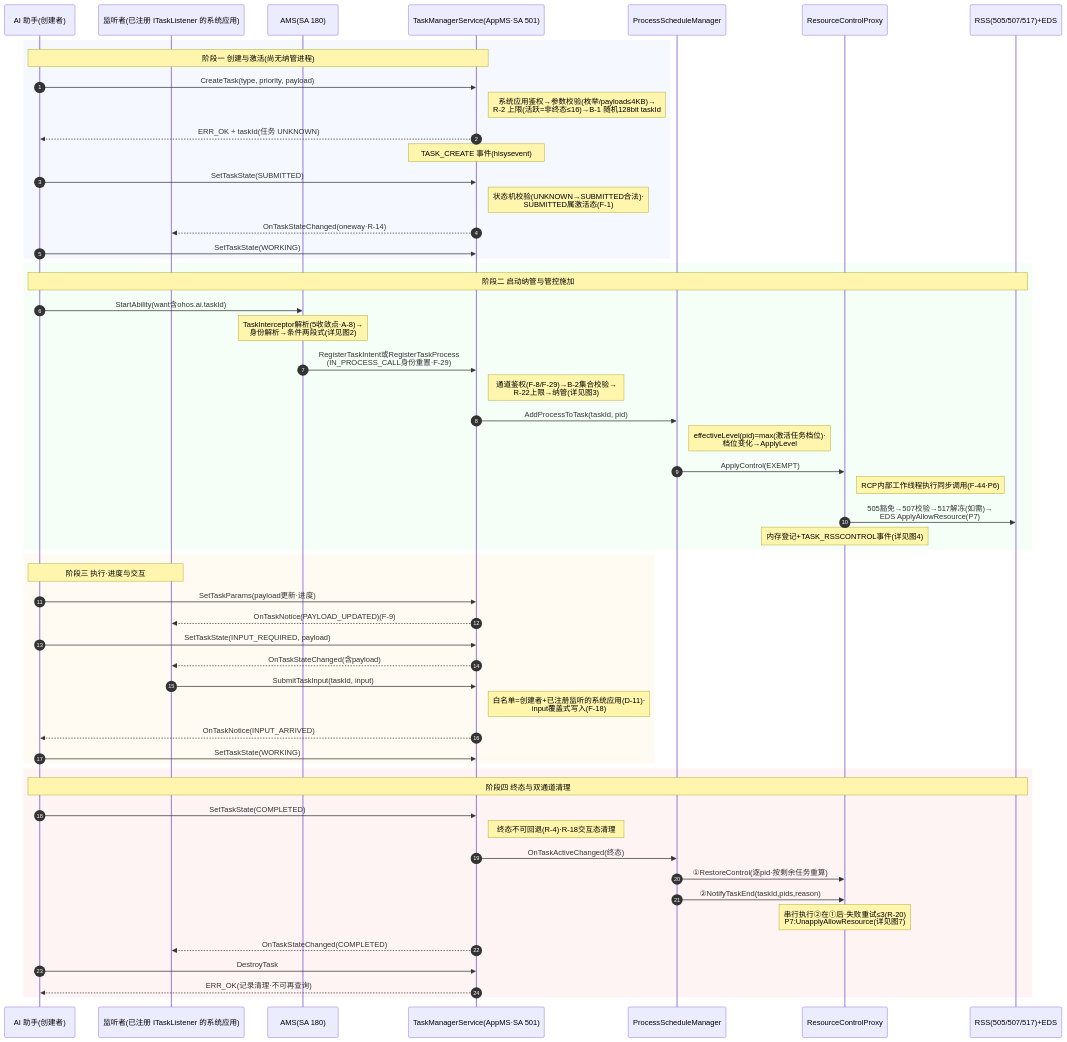
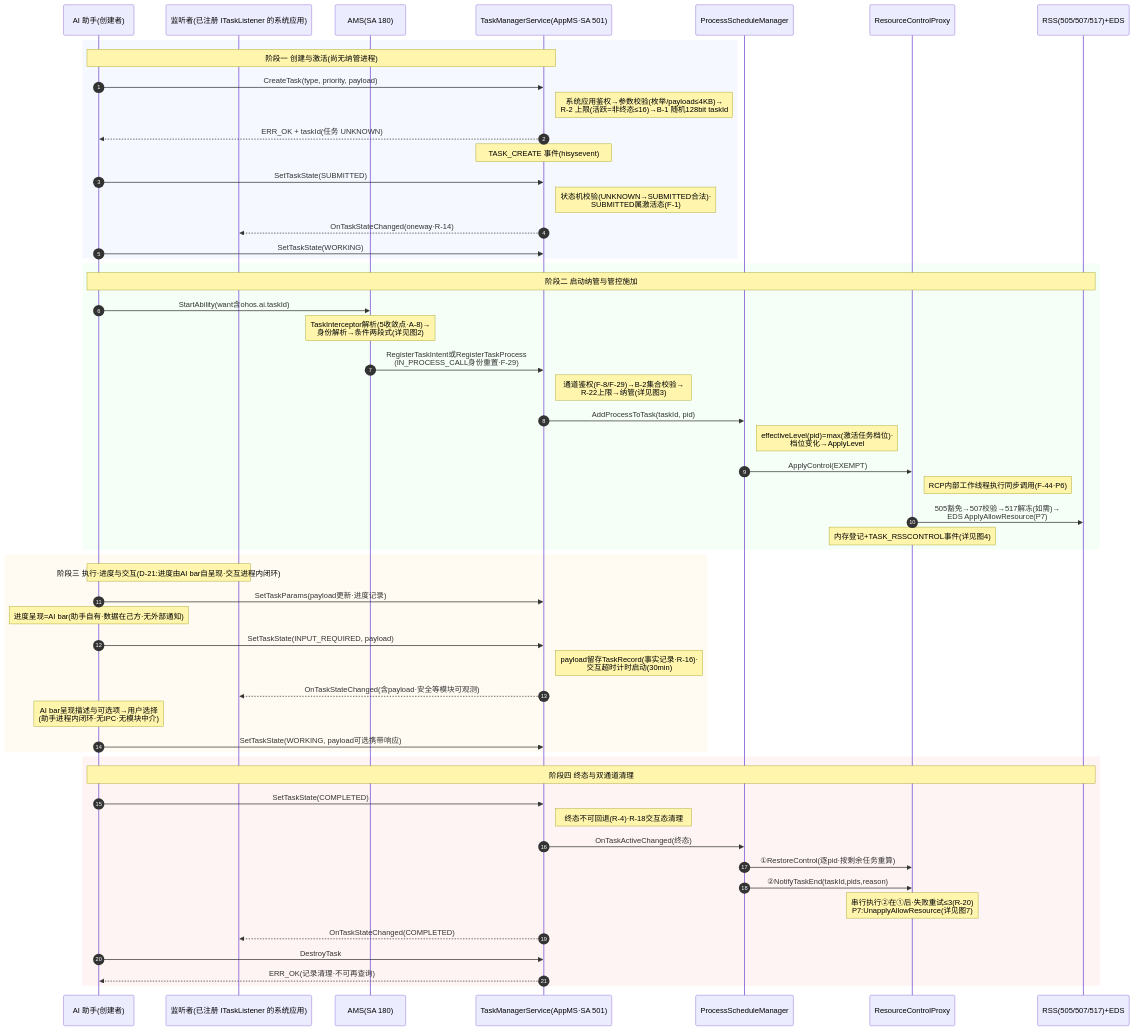
One commit to xuanjiazhen/ability_ability_runtime changed the first of 8 diagrams in .codespec/changes/ai-task-manager/docs/flow-diagrams.md. Above: the diagram before and after it, drawn with Mermaid. The commit also changed other lines of this file and 12 other files, not shown here.

First line of the commit message:
docs(ai-task-manager): 需求变更 D-21——进度展示与交互由 AI bar 内化，监听保留给安全等模块

````diff
--- a/.codespec/changes/ai-task-manager/docs/flow-diagrams.md
+++ b/.codespec/changes/ai-task-manager/docs/flow-diagrams.md
@@ -23,62 +23,61 @@
 ```mermaid
 sequenceDiagram
     autonumber
     participant AI as AI 助手(创建者)
     participant LSN as 监听者(已注册 ITaskListener 的系统应用)
     participant AMS as AMS(SA 180)
     participant TMS as TaskManagerService(AppMS·SA 501)
     participant PS as ProcessScheduleManager
     participant RCP as ResourceControlProxy
     participant EXT as RSS(505/507/517)+EDS
 
     rect rgb(245,248,255)
     Note over AI,TMS: 阶段一 创建与激活(尚无纳管进程)
     AI->>TMS: CreateTask(type, priority, payload)
     Note right of TMS: 系统应用鉴权→参数校验(枚举/payload≤4KB)→<br/>R-2 上限(活跃=非终态≤16)→B-1 随机128bit taskId
     TMS-->>AI: ERR_OK + taskId(任务 UNKNOWN)
     Note over TMS: TASK_CREATE 事件(hisysevent)
     AI->>TMS: SetTaskState(SUBMITTED)
     Note right of TMS: 状态机校验(UNKNOWN→SUBMITTED合法)·<br/>SUBMITTED属激活态(F-1)
     TMS-->>LSN: OnTaskStateChanged(oneway·R-14)
     AI->>TMS: SetTaskState(WORKING)
     end
 
     rect rgb(245,255,247)
     Note over AI,EXT: 阶段二 启动纳管与管控施加
     AI->>AMS: StartAbility(want含ohos.ai.taskId)
     Note over AMS: TaskInterceptor解析(5收敛点·A-8)→<br/>身份解析→条件两段式(详见图2)
     AMS->>TMS: RegisterTaskIntent或RegisterTaskProcess<br/>(IN_PROCESS_CALL身份重置·F-29)
     Note right of TMS: 通道鉴权(F-8/F-29)→B-2集合校验→<br/>R-22上限→纳管(详见图3)
     TMS->>PS: AddProcessToTask(taskId, pid)
     Note right of PS: effectiveLevel(pid)=max(激活任务档位)·<br/>档位变化→ApplyLevel
     PS->>RCP: ApplyControl(EXEMPT)
     Note right of RCP: RCP内部工作线程执行同步调用(F-44·P6)
     RCP->>EXT: 505豁免→507校验→517解冻(如需)→<br/>EDS ApplyAllowResource(P7)
     Note over RCP: 内存登记+TASK_RSSCONTROL事件(详见图4)
     end
 
     rect rgb(255,251,242)
-    Note over AI,LSN: 阶段三 执行·进度与交互
-    AI->>TMS: SetTaskParams(payload更新·进度)
-    TMS-->>LSN: OnTaskNotice(PAYLOAD_UPDATED)(F-9)
+    Note over AI,LSN: 阶段三 执行·进度与交互(D-21:进度由AI bar自呈现·交互进程内闭环)
+    AI->>TMS: SetTaskParams(payload更新·进度记录)
+    Note over AI: 进度呈现=AI bar(助手自有·数据在己方·无外部通知)
     AI->>TMS: SetTaskState(INPUT_REQUIRED, payload)
-    TMS-->>LSN: OnTaskStateChanged(含payload)
-    LSN->>TMS: SubmitTaskInput(taskId, input)
-    Note right of TMS: 白名单=创建者+已注册监听的系统应用(D-11)·<br/>input覆盖式写入(F-18)
-    TMS-->>AI: OnTaskNotice(INPUT_ARRIVED)
-    AI->>TMS: SetTaskState(WORKING)
+    Note right of TMS: payload留存TaskRecord(事实记录·R-16)·<br/>交互超时计时启动(30min)
+    TMS-->>LSN: OnTaskStateChanged(含payload·安全等模块可观测)
+    Note over AI: AI bar呈现描述与可选项→用户选择<br/>(助手进程内闭环·无IPC·无模块中介)
+    AI->>TMS: SetTaskState(WORKING, payload可选携带响应)
     end
 
     rect rgb(255,244,244)
     Note over AI,EXT: 阶段四 终态与双通道清理
     AI->>TMS: SetTaskState(COMPLETED)
     Note right of TMS: 终态不可回退(R-4)·R-18交互态清理
     TMS->>PS: OnTaskActiveChanged(终态)
     PS->>RCP: ①RestoreControl(逐pid·按剩余任务重算)
     PS->>RCP: ②NotifyTaskEnd(taskId,pids,reason)
     Note over RCP: 串行执行②在①后·失败重试≤3(R-20)<br/>P7:UnapplyAllowResource(详见图7)
     TMS-->>LSN: OnTaskStateChanged(COMPLETED)
     AI->>TMS: DestroyTask
     TMS-->>AI: ERR_OK(记录清理·不可再查询)
     end
 ```
````
